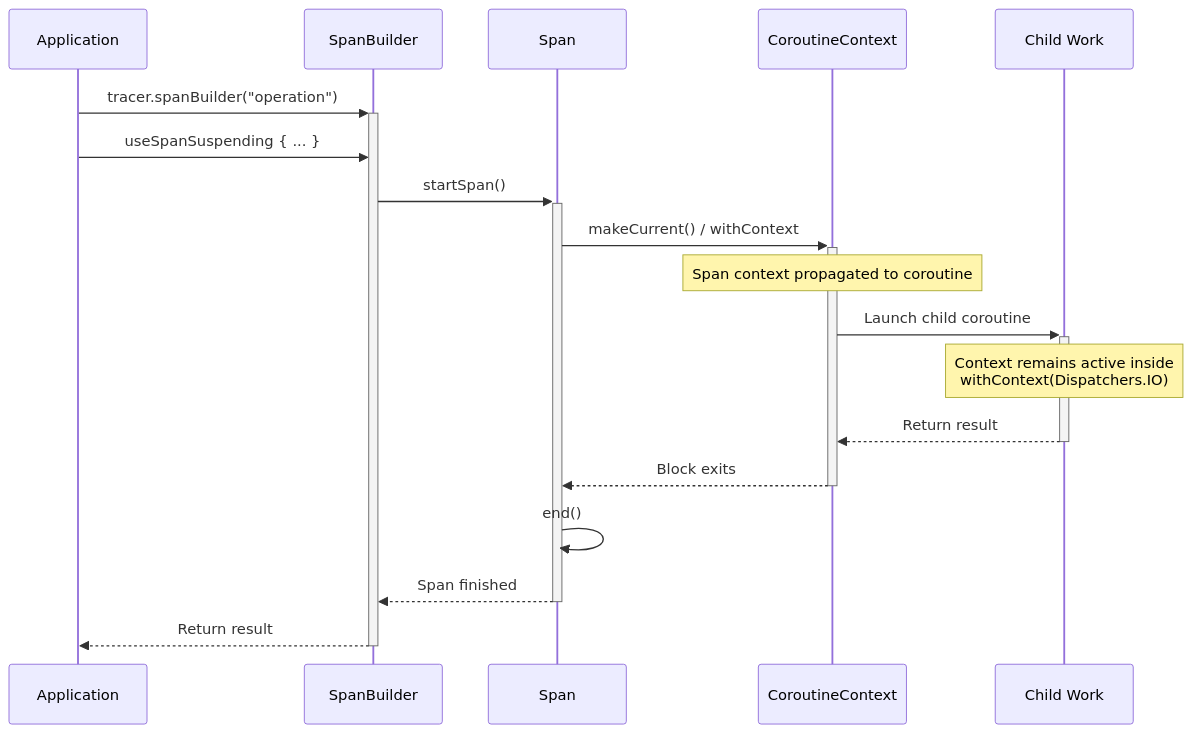
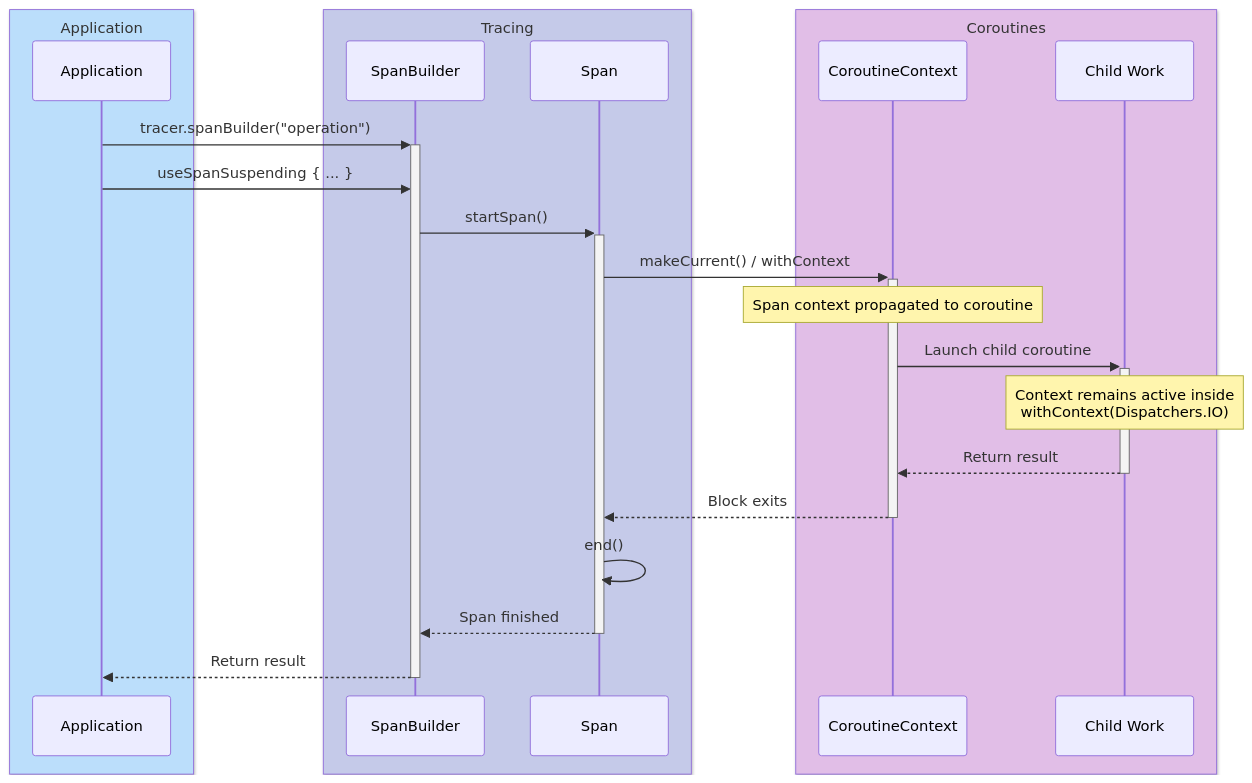
Before and after one commit to bluetape4k/bluetape4k-projects: the third of 4 diagrams in infra/opentelemetry/README.md, drawn with Mermaid. The commit also changed other lines of this file and 221 other files, not shown here.

First line of the commit message:
docs: 전체 모듈 README UML 다이어그램 보강 및 색상 업그레이드

````diff
--- a/infra/opentelemetry/README.md
+++ b/infra/opentelemetry/README.md
@@ -353,21 +369,27 @@
 ```mermaid
 sequenceDiagram
+    box rgb(187,222,251) Application
     participant App as Application
+    end
+    box rgb(197,202,233) Tracing
     participant Builder as SpanBuilder
     participant Span as Span
+    end
+    box rgb(225,190,231) Coroutines
     participant Context as CoroutineContext
     participant Child as Child Work
+    end
 
     App->>+Builder: tracer.spanBuilder("operation")
     App->>Builder: useSpanSuspending { ... }
     Builder->>+Span: startSpan()
     Span->>+Context: makeCurrent() / withContext
     Note over Context: Span context propagated to coroutine
     Context->>+Child: Launch child coroutine
     Note over Child: Context remains active inside<br/>withContext(Dispatchers.IO)
     Child-->>-Context: Return result
     Context-->>-Span: Block exits
     Span->>Span: end()
     Span-->>-Builder: Span finished
     Builder-->>-App: Return result
 ```
````
